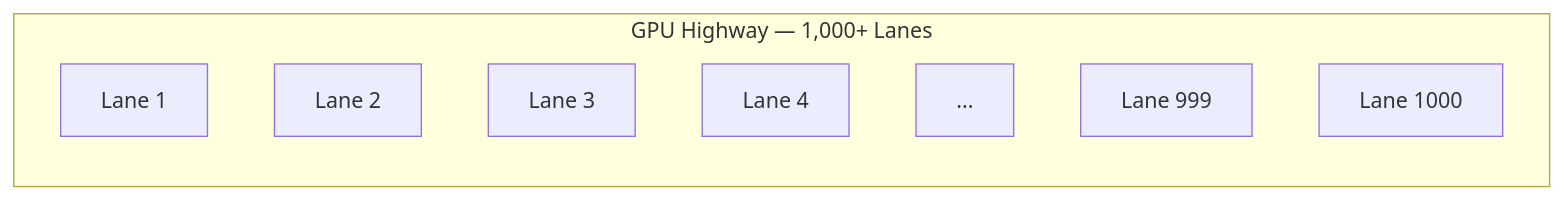
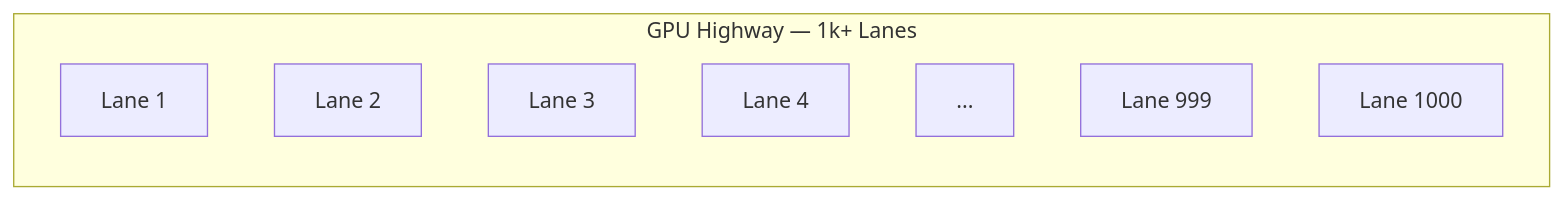
Before and after one commit to FransVanEk/Actus-Insurance.Documentation: the third of 8 diagrams in docs/hackathon/cpu-vs-gpu-explained.md, drawn with Mermaid. The commit also changed 7 other files, not shown here.

Commit message:
Implement improvements for Mermaid diagrams, enhance image path resolution, and add API route for serving documentation assets

````diff
--- a/docs/hackathon/cpu-vs-gpu-explained.md
+++ b/docs/hackathon/cpu-vs-gpu-explained.md
@@ -84,12 +84,12 @@
 ```mermaid
 graph LR
-    subgraph "GPU Highway — 1,000+ Lanes"
+    subgraph "GPU Highway — 1k+ Lanes"
         L1["Lane 1"]
         L2["Lane 2"]
         L3["Lane 3"]
         L4["Lane 4"]
         L5["..."]
         L6["Lane 999"]
         L7["Lane 1000"]
     end
 ```
````
